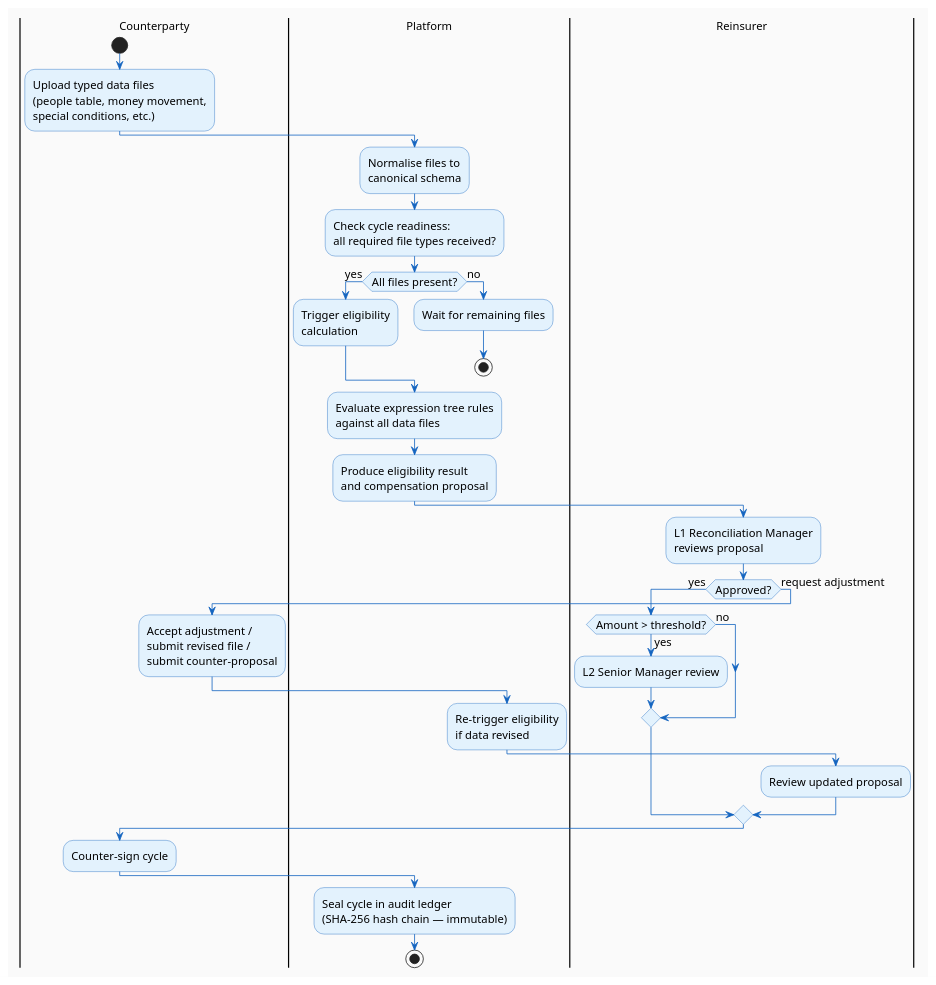
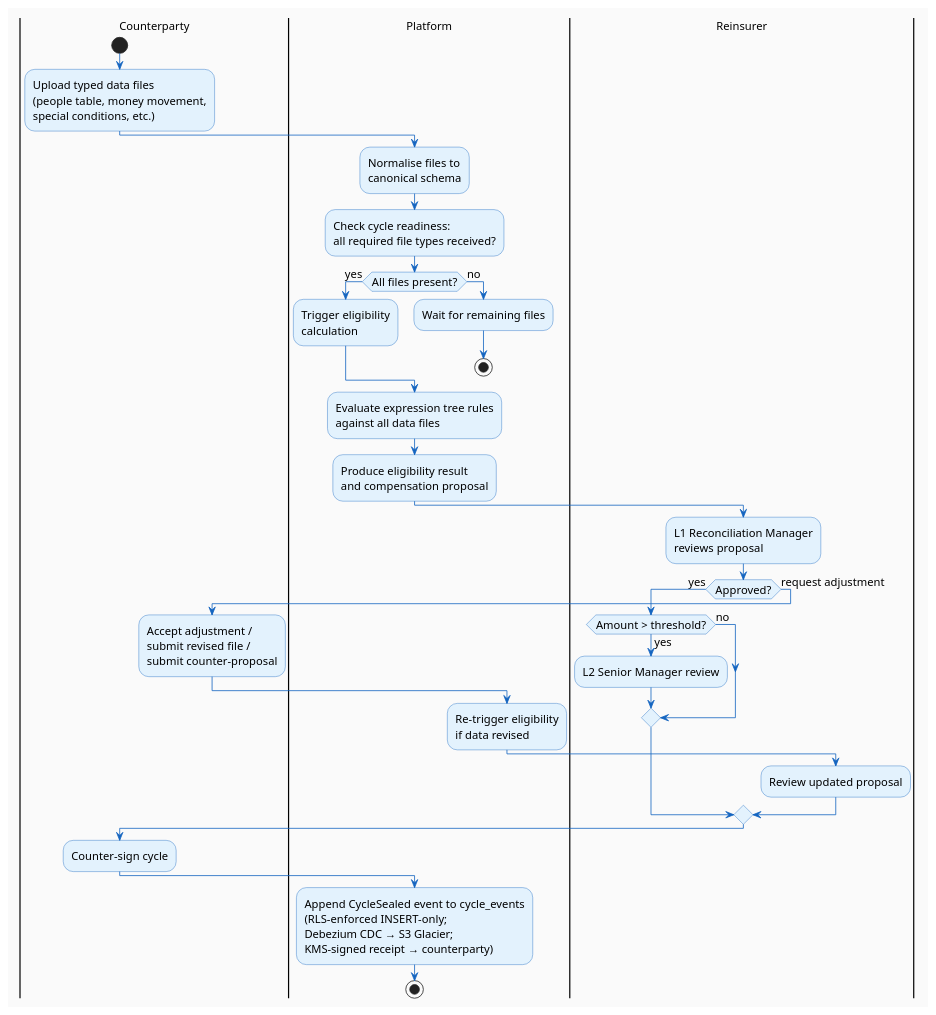
One commit to mosurekImagination/solution-architecture-case-studies changed the fourth of 8 diagrams in 03/docs/solution-design.adoc. Above: the diagram before and after it, drawn with PlantUML. The commit also changed other lines of this file and 9 other files, not shown here.

```diff
--- a/03/docs/solution-design.adoc
+++ b/03/docs/solution-design.adoc
@@ -597,54 +599,54 @@
 [plantuml,case03-cycle-flow,format=svg]
 ....
 @startuml
 skinparam backgroundColor #fafafa
 skinparam defaultFontName Arial
 skinparam defaultFontSize 14
 skinparam activityBackgroundColor #E3F2FD
 skinparam activityBorderColor #1565C0
 skinparam arrowColor #1565C0
 
 |Counterparty|
 start
 :Upload typed data files\n(people table, money movement,\nspecial conditions, etc.);
 
 |Platform|
 :Normalise files to\ncanonical schema;
 :Check cycle readiness:\nall required file types received?;
 
 if (All files present?) then (yes)
   :Trigger eligibility\ncalculation;
 else (no)
   :Wait for remaining files;
   stop
 endif
 
 :Evaluate expression tree rules\nagainst all data files;
 :Produce eligibility result\nand compensation proposal;
 
 |Reinsurer|
 :L1 Reconciliation Manager\nreviews proposal;
 
 if (Approved?) then (yes)
   if (Amount > threshold?) then (yes)
     :L2 Senior Manager review;
   else (no)
   endif
 else (request adjustment)
   |Counterparty|
   :Accept adjustment /\nsubmit revised file /\nsubmit counter-proposal;
   |Platform|
   :Re-trigger eligibility\nif data revised;
   |Reinsurer|
   :Review updated proposal;
 endif
 
 |Counterparty|
 :Counter-sign cycle;
 
 |Platform|
-:Seal cycle in audit ledger\n(SHA-256 hash chain — immutable);
+:Append CycleSealed event to cycle_events\n(RLS-enforced INSERT-only;\nDebezium CDC → S3 Glacier;\nKMS-signed receipt → counterparty);
 stop
 
 @enduml
 ....
```
